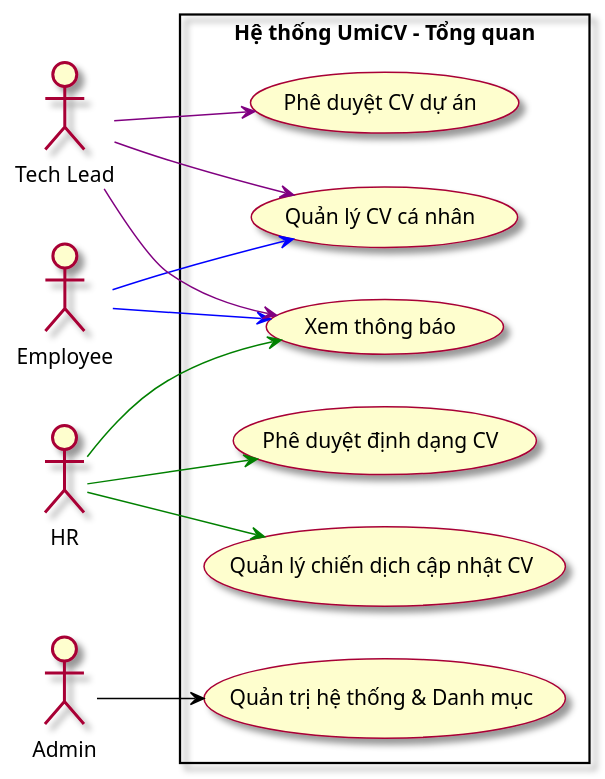
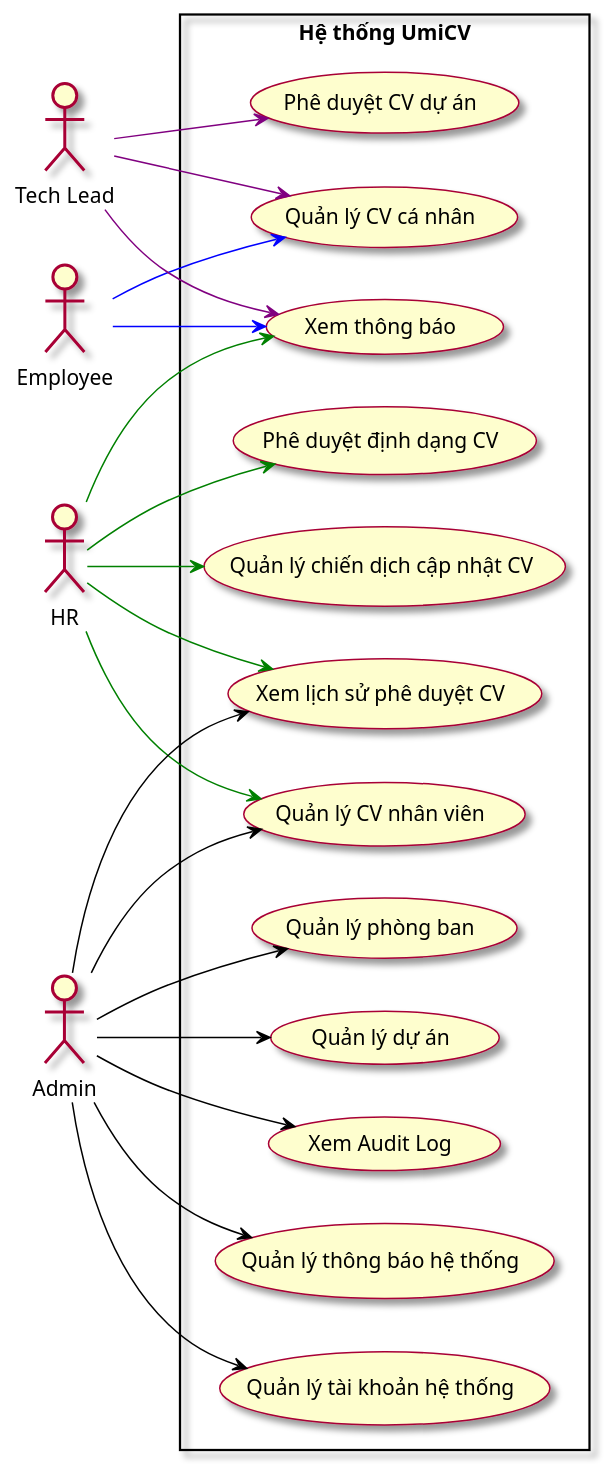
The diagram in docs/usecase_overview.puml (Kyyaaaa/UmiCV), drawn with PlantUML before and after one commit. The commit also changed 11 other files, not shown here.

First line of the commit message:
Update diagrams: swimlanes and usecases

```diff
--- a/docs/usecase_overview.puml
+++ b/docs/usecase_overview.puml
@@ -1,31 +1,45 @@
-@startuml
-left to right direction
-skin rose
+  @startuml
+  left to right direction
+  skin rose
 
-actor "Employee" as Employee
-actor "Tech Lead" as TechLead
-actor "HR" as HR
-actor "Admin" as Admin
+  actor "Employee" as Employee
+  actor "Tech Lead" as TechLead
+  actor "HR" as HR
+  actor "Admin" as Admin
 
-rectangle "Hệ thống UmiCV - Tổng quan" {
-  usecase "Quản lý CV cá nhân" as UC_PersonalCV
-  usecase "Phê duyệt CV dự án" as UC_ProjectCV
-  usecase "Quản lý chiến dịch cập nhật CV" as UC_BatchRequest
-  usecase "Quản trị hệ thống & Danh mục" as UC_AdminTasks
-  usecase "Xem thông báo" as UC_Notification
-  usecase "Phê duyệt định dạng CV" as UC_HRApprove
+  rectangle "Hệ thống UmiCV" {
+    usecase "Quản lý CV cá nhân" as UC_PersonalCV
+    usecase "Phê duyệt CV dự án" as UC_ProjectCV
+    usecase "Quản lý chiến dịch cập nhật CV" as UC_BatchRequest
+    usecase "Quản lý thông báo hệ thống" as NotificationManage
+    usecase "Xem thông báo" as UC_Notification
+    usecase "Phê duyệt định dạng CV" as UC_HRApprove
+    usecase "Xem lịch sử phê duyệt CV" as UC_ApproveHistory
+    usecase "Quản lý CV nhân viên" as UserCVManage
+    usecase "Quản lý tài khoản hệ thống" as AccountManage
+    usecase "Quản lý phòng ban" as DepartmentManage
+    usecase "Quản lý dự án" as ProjectManage
+    usecase "Xem Audit Log" as AuditLogView
 
-  Employee --> UC_PersonalCV #blue
-  Employee --> UC_Notification #blue
+    Employee --> UC_PersonalCV #blue
+    Employee --> UC_Notification #blue
 
-  TechLead --> UC_ProjectCV #purple
-  TechLead --> UC_PersonalCV #purple
-  TechLead --> UC_Notification #purple
+    TechLead --> UC_ProjectCV #purple
+    TechLead --> UC_PersonalCV #purple
+    TechLead --> UC_Notification #purple
 
-  HR --> UC_BatchRequest #green
-  HR --> UC_Notification #green
-  HR --> UC_HRApprove #green
-
-  Admin --> UC_AdminTasks #black
-}
-@enduml
+    HR --> UC_BatchRequest #green
+    HR --> UC_Notification #green
+    HR --> UC_HRApprove #green
+    HR --> UC_ApproveHistory #green
+    HR --> UserCVManage #green
+    
+    Admin --> NotificationManage #black
+    Admin --> UC_ApproveHistory #black
+    Admin --> UserCVManage #black
+    Admin --> AccountManage #black
+    Admin --> DepartmentManage #black
+    Admin --> ProjectManage #black
+    Admin --> AuditLogView #black
+  }
+  @enduml
```
